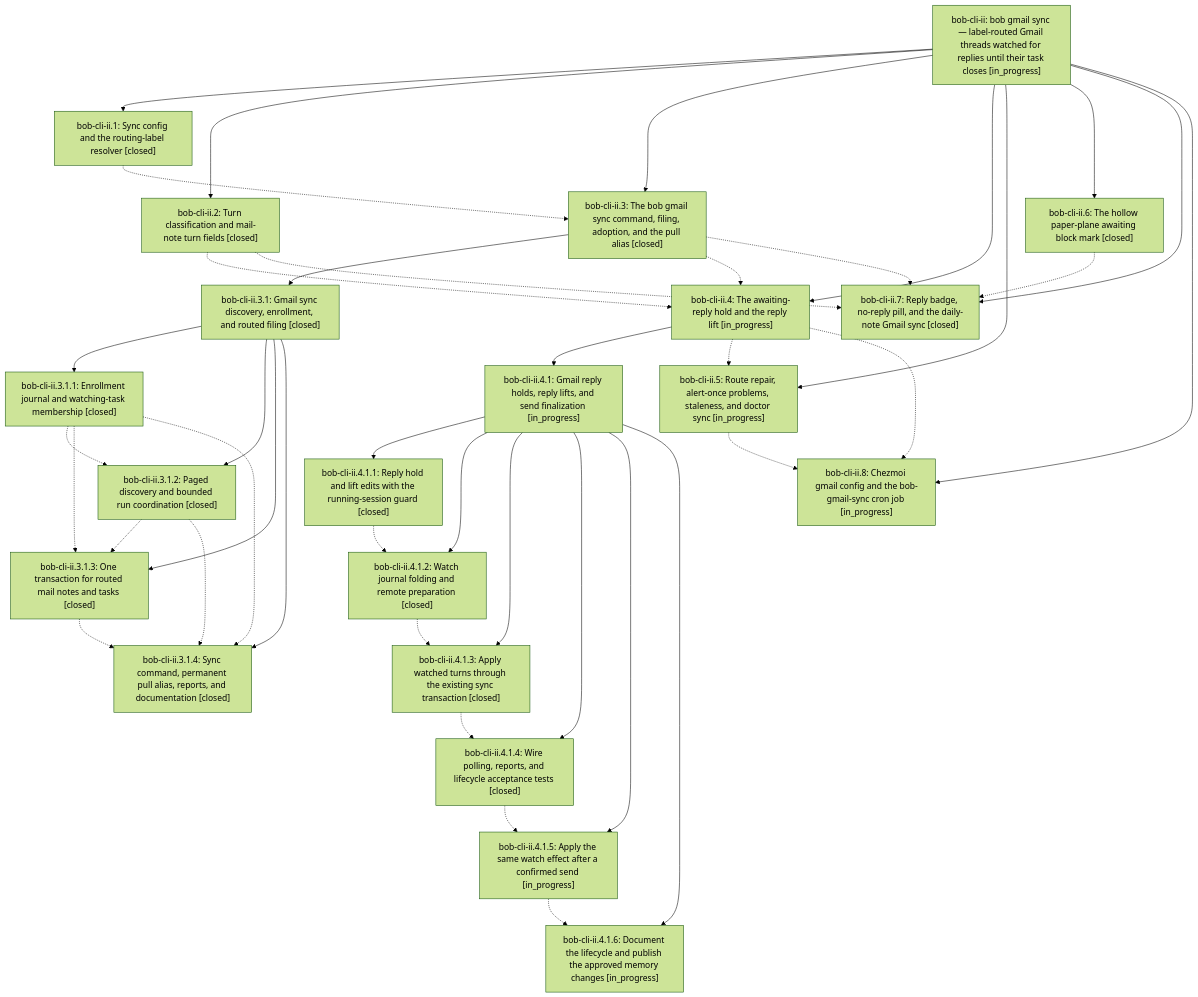
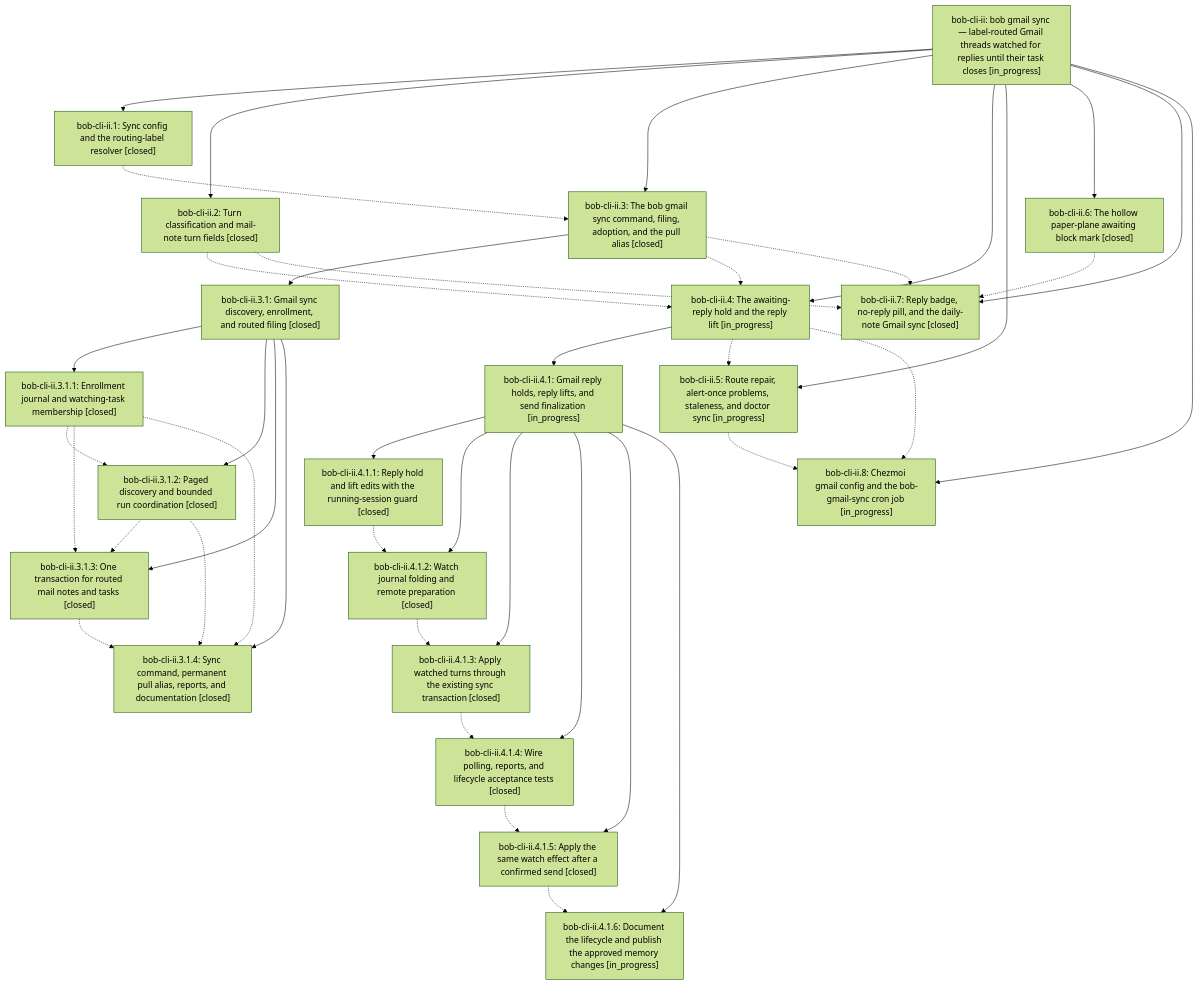
Before and after one commit to bobs-org/bob-cli--beads: the diagram in pages/bob-cli-ii/README.md, drawn with Mermaid (forest theme). The commit also changed other lines of this file and 4 other files, not shown here.

First line of the commit message:
chore(beads): sync bead state and pages for bob-cli-ii

````diff
--- a/pages/bob-cli-ii/README.md
+++ b/pages/bob-cli-ii/README.md
@@ -47,64 +47,64 @@
 ```mermaid
 flowchart TD
     n0["bob-cli-ii: bob gmail sync — label-routed Gmail threads watched for replies until their task closes [in_progress]"]
     n1["bob-cli-ii.1: Sync config and the routing-label resolver [closed]"]
     n2["bob-cli-ii.2: Turn classification and mail-note turn fields [closed]"]
     n3["bob-cli-ii.3: The bob gmail sync command, filing, adoption, and the pull alias [closed]"]
     n4["bob-cli-ii.3.1: Gmail sync discovery, enrollment, and routed filing [closed]"]
     n5["bob-cli-ii.3.1.1: Enrollment journal and watching-task membership [closed]"]
     n6["bob-cli-ii.3.1.2: Paged discovery and bounded run coordination [closed]"]
     n7["bob-cli-ii.3.1.3: One transaction for routed mail notes and tasks [closed]"]
     n8["bob-cli-ii.3.1.4: Sync command, permanent pull alias, reports, and documentation [closed]"]
     n9["bob-cli-ii.4: The awaiting-reply hold and the reply lift [in_progress]"]
     n10["bob-cli-ii.4.1: Gmail reply holds, reply lifts, and send finalization [in_progress]"]
     n11["bob-cli-ii.4.1.1: Reply hold and lift edits with the running-session guard [closed]"]
     n12["bob-cli-ii.4.1.2: Watch journal folding and remote preparation [closed]"]
     n13["bob-cli-ii.4.1.3: Apply watched turns through the existing sync transaction [closed]"]
     n14["bob-cli-ii.4.1.4: Wire polling, reports, and lifecycle acceptance tests [closed]"]
-    n15["bob-cli-ii.4.1.5: Apply the same watch effect after a confirmed send [in_progress]"]
+    n15["bob-cli-ii.4.1.5: Apply the same watch effect after a confirmed send [closed]"]
     n16["bob-cli-ii.4.1.6: Document the lifecycle and publish the approved memory changes [in_progress]"]
     n17["bob-cli-ii.5: Route repair, alert-once problems, staleness, and doctor sync [in_progress]"]
     n18["bob-cli-ii.6: The hollow paper-plane awaiting block mark [closed]"]
     n19["bob-cli-ii.7: Reply badge, no-reply pill, and the daily-note Gmail sync [closed]"]
     n20["bob-cli-ii.8: Chezmoi gmail config and the bob-gmail-sync cron job [in_progress]"]
     n0 --> n1
     n0 --> n2
     n0 --> n3
     n3 --> n4
     n4 --> n5
     n4 --> n6
     n4 --> n7
     n4 --> n8
     n0 --> n9
     n9 --> n10
     n10 --> n11
     n10 --> n12
     n10 --> n13
     n10 --> n14
     n10 --> n15
     n10 --> n16
     n0 --> n17
     n0 --> n18
     n0 --> n19
     n0 --> n20
     n1 -.-> n3
     n2 -.-> n9
     n2 -.-> n19
     n3 -.-> n9
     n3 -.-> n19
     n5 -.-> n6
     n5 -.-> n7
     n5 -.-> n8
     n6 -.-> n7
     n6 -.-> n8
     n7 -.-> n8
     n9 -.-> n17
     n9 -.-> n20
     n11 -.-> n12
     n12 -.-> n13
     n13 -.-> n14
     n14 -.-> n15
     n15 -.-> n16
     n17 -.-> n20
     n18 -.-> n19
 ```
````
